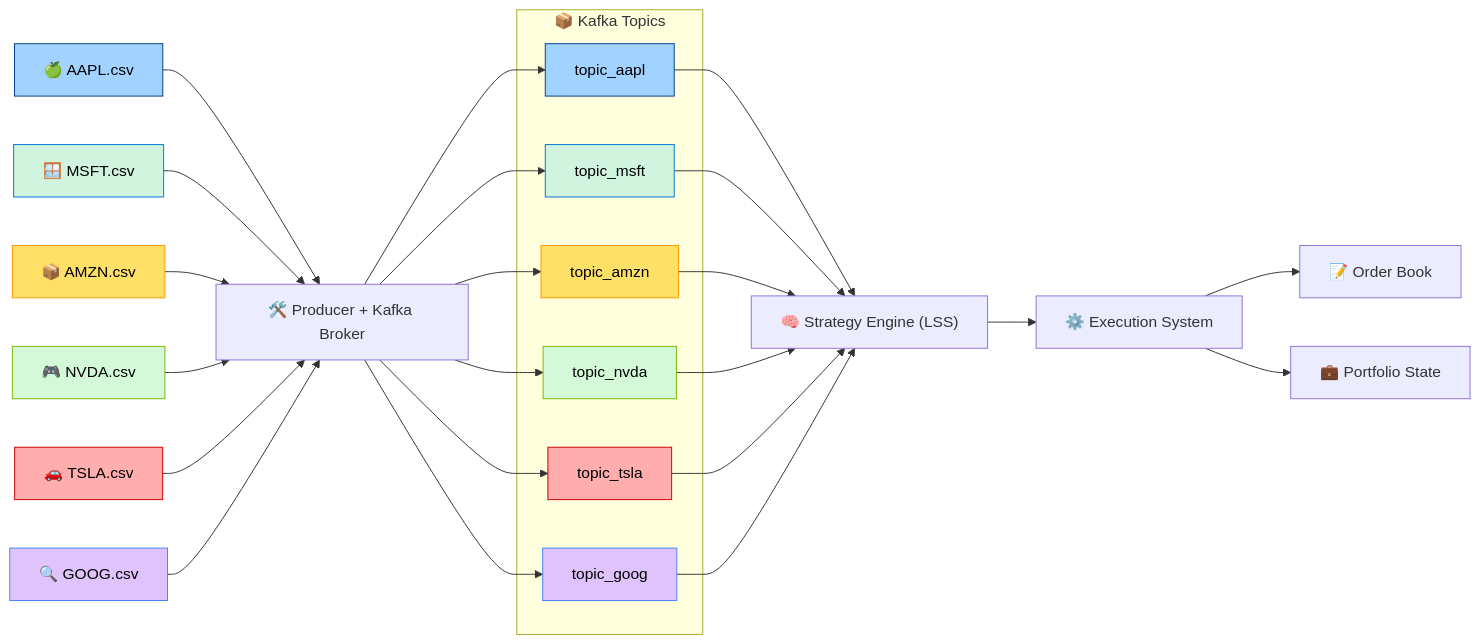
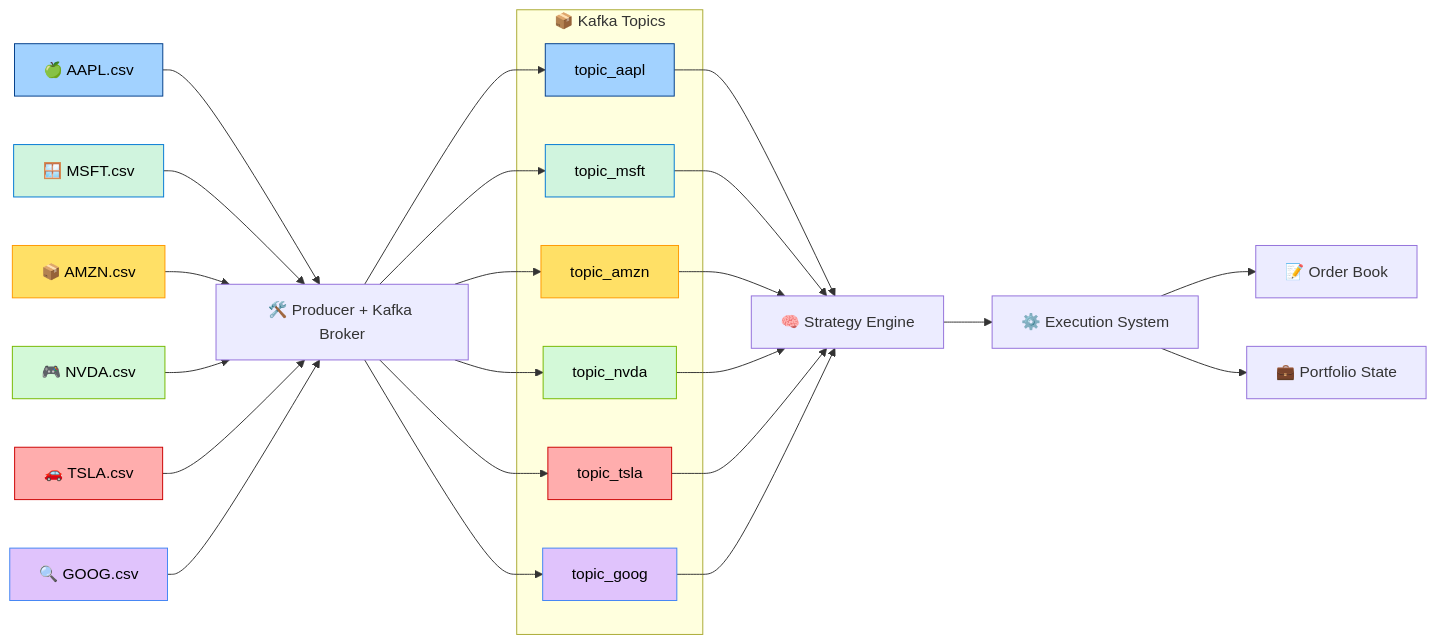
Before and after one commit to P-Bhanu-Sohan/TradeBooks: the second of 2 diagrams in README.md, drawn with Mermaid.

````diff
--- a/README.md
+++ b/README.md
@@ -70,71 +70,71 @@
 ```mermaid
 flowchart LR
     %% --- Data Sources ---
     AAPL["🍏 AAPL.csv"]
     MSFT["🪟 MSFT.csv"]
     AMZN["📦 AMZN.csv"]
     NVDA["🎮 NVDA.csv"]
     TSLA["🚗 TSLA.csv"]
     GOOG["🔍 GOOG.csv"]
 
     %% --- Producer + Kafka Node ---
     KafkaStream["🛠️ Producer + Kafka Broker"]
 
     %% --- Kafka Topics ---
     subgraph KafkaTopics["📦 Kafka Topics"]
         TAAPL["topic_aapl"]
         TMSFT["topic_msft"]
         TAMZN["topic_amzn"]
         TNVDA["topic_nvda"]
         TTSLA["topic_tsla"]
         TGOOG["topic_goog"]
     end
 
     %% --- Downstream Processing ---
-    Strategy["🧠 Strategy Engine (LSS)"]
+    Strategy["🧠 Strategy Engine"]
     Execution["⚙️ Execution System"]
     OrderBook["📝 Order Book"]
     Portfolio["💼 Portfolio State"]
 
     %% --- Connections ---
     AAPL --> KafkaStream
     MSFT --> KafkaStream
     AMZN --> KafkaStream
     NVDA --> KafkaStream
     TSLA --> KafkaStream
     GOOG --> KafkaStream
 
     KafkaStream --> TAAPL
     KafkaStream --> TMSFT
     KafkaStream --> TAMZN
     KafkaStream --> TNVDA
     KafkaStream --> TTSLA
     KafkaStream --> TGOOG
 
     TAAPL --> Strategy
     TMSFT --> Strategy
     TAMZN --> Strategy
     TNVDA --> Strategy
     TTSLA --> Strategy
     TGOOG --> Strategy
 
     Strategy --> Execution
     Execution --> OrderBook
     Execution --> Portfolio
 
     %% --- Classes ---
     class AAPL,TAAPL apple;
     class MSFT,TMSFT msft;
     class AMZN,TAMZN amzn;
     class NVDA,TNVDA nvda;
     class TSLA,TTSLA tsla;
     class GOOG,TGOOG goog;
 
     %% --- Class Definitions ---
     classDef apple fill:#a2d2ff,stroke:#023e8a,color:#000;
     classDef msft fill:#d0f4de,stroke:#0078d4,color:#000;
     classDef amzn fill:#ffe066,stroke:#ff9900,color:#000;
     classDef nvda fill:#d3f9d8,stroke:#76b900,color:#000;
     classDef tsla fill:#ffadad,stroke:#cc0000,color:#000;
     classDef goog fill:#e0c3fc,stroke:#4285f4,color:#000;
 ```
````
